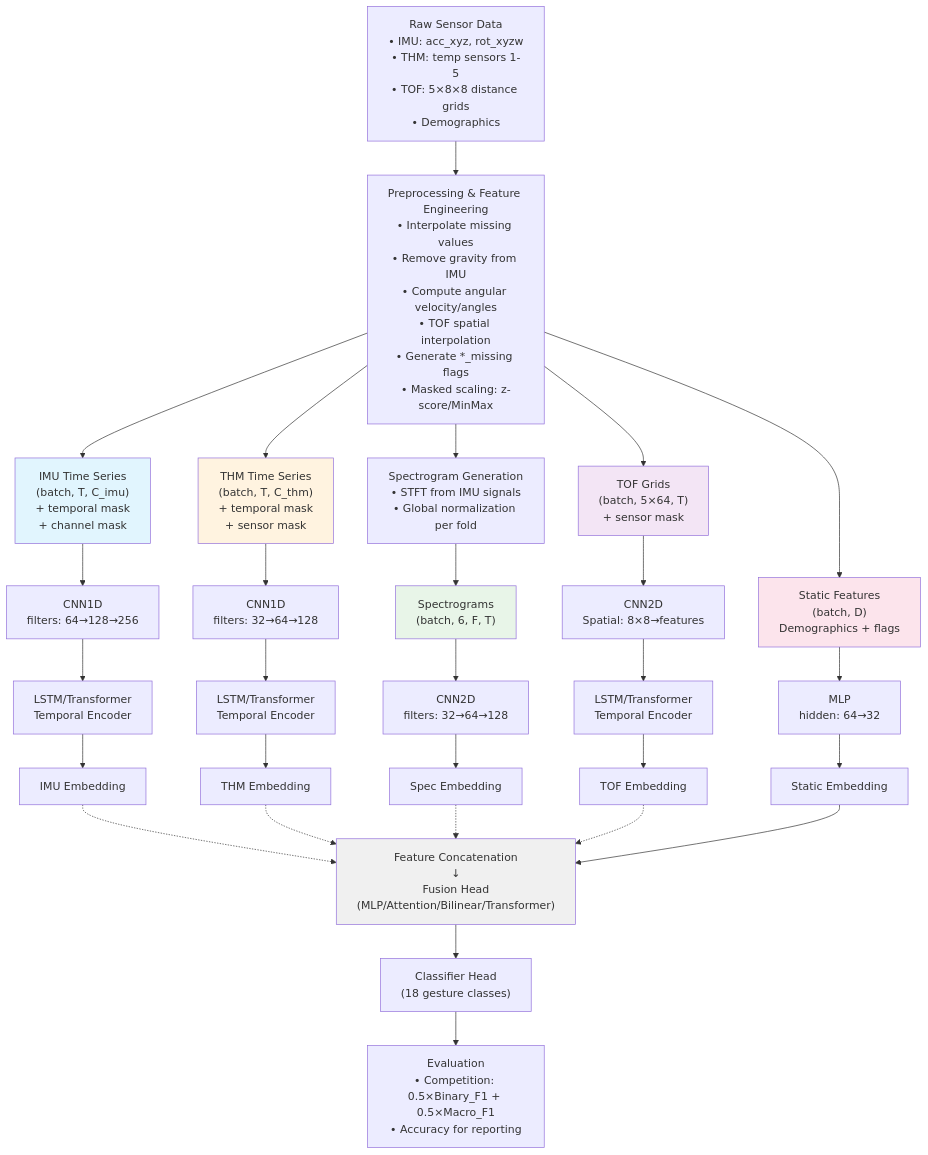
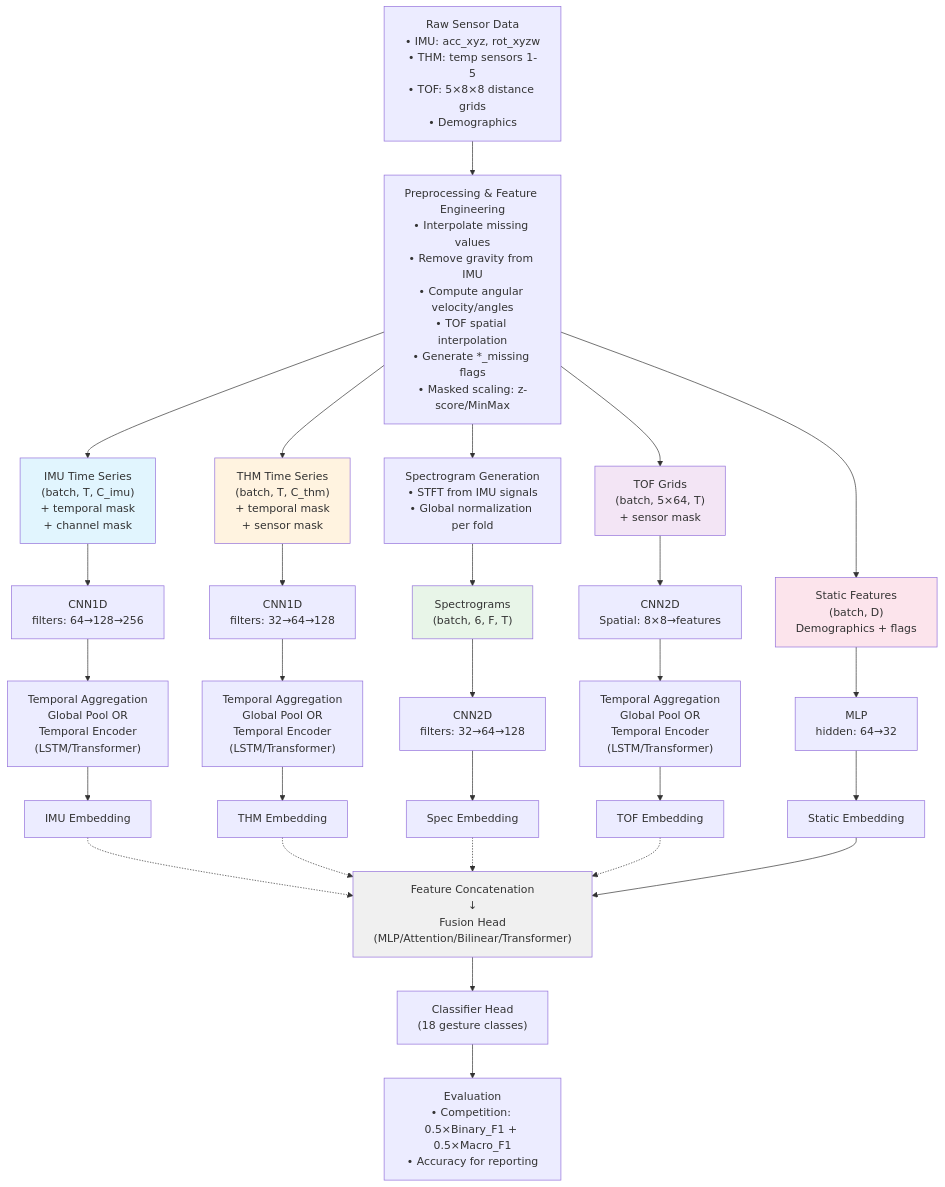
Before and after one commit to NickSiboZhu/CMI2025: the first of 2 diagrams in README.md, drawn with Mermaid.

````diff
--- a/README.md
+++ b/README.md
@@ -56,43 +56,43 @@
 ```mermaid
 graph TD
     %% Input & Preprocessing
     A["Raw Sensor Data<br/>• IMU: acc_xyz, rot_xyzw<br/>• THM: temp sensors 1-5<br/>• TOF: 5×8×8 distance grids<br/>• Demographics"] --> B["Preprocessing & Feature Engineering<br/>• Interpolate missing values<br/>• Remove gravity from IMU<br/>• Compute angular velocity/angles<br/>• TOF spatial interpolation<br/>• Generate *_missing flags<br/>• Masked scaling: z-score/MinMax"]
     
     B --> C["Spectrogram Generation<br/>• STFT from IMU signals<br/>• Global normalization per fold"]
     
     %% Data Flow to Branches
     B --> IMU["IMU Time Series<br/>(batch, T, C_imu)<br/>+ temporal mask<br/>+ channel mask"]
     B --> THM["THM Time Series<br/>(batch, T, C_thm)<br/>+ temporal mask<br/>+ sensor mask"]
     B --> TOF["TOF Grids<br/>(batch, 5×64, T)<br/>+ sensor mask"]
     C --> SPEC["Spectrograms<br/>(batch, 6, F, T)"]
     B --> STATIC["Static Features<br/>(batch, D)<br/>Demographics + flags"]
 
     %% Branches
-    IMU --> CNN1D_IMU["CNN1D<br/>filters: 64→128→256"] --> TEMP1["LSTM/Transformer<br/>Temporal Encoder"] --> EMB1["IMU Embedding"]
+    IMU --> CNN1D_IMU["CNN1D<br/>filters: 64→128→256"] --> TEMP1["Temporal Aggregation<br/>Global Pool OR<br/>Temporal Encoder<br/>(LSTM/Transformer)"] --> EMB1["IMU Embedding"]
     
-    THM --> CNN1D_THM["CNN1D<br/>filters: 32→64→128"] --> TEMP2["LSTM/Transformer<br/>Temporal Encoder"] --> EMB2["THM Embedding"]
+    THM --> CNN1D_THM["CNN1D<br/>filters: 32→64→128"] --> TEMP2["Temporal Aggregation<br/>Global Pool OR<br/>Temporal Encoder<br/>(LSTM/Transformer)"] --> EMB2["THM Embedding"]
     
     SPEC --> CNN2D_SPEC["CNN2D<br/>filters: 32→64→128"] --> EMB3["Spec Embedding"]
     
-    TOF --> CNN2D_TOF["CNN2D<br/>Spatial: 8×8→features"] --> TEMP3["LSTM/Transformer<br/>Temporal Encoder"] --> EMB4["TOF Embedding"]
+    TOF --> CNN2D_TOF["CNN2D<br/>Spatial: 8×8→features"] --> TEMP3["Temporal Aggregation<br/>Global Pool OR<br/>Temporal Encoder<br/>(LSTM/Transformer)"] --> EMB4["TOF Embedding"]
     
     STATIC --> MLP_STATIC["MLP<br/>hidden: 64→32"] --> EMB5["Static Embedding"]
 
     %% Fusion
     EMB1 -.-> FUSION["Feature Concatenation<br/>↓<br/>Fusion Head<br/>(MLP/Attention/Bilinear/Transformer)"]
     EMB2 -.-> FUSION
     EMB3 -.-> FUSION
     EMB4 -.-> FUSION
     EMB5 --> FUSION
     
     FUSION --> CLASSIFIER["Classifier Head<br/>(18 gesture classes)"]
     CLASSIFIER --> METRICS["Evaluation<br/>• Competition: 0.5×Binary_F1 + 0.5×Macro_F1<br/>• Accuracy for reporting"]
 
     %% Styling
     style IMU fill:#e1f5fe
     style THM fill:#fff3e0
     style TOF fill:#f3e5f5
     style SPEC fill:#e8f5e8
     style STATIC fill:#fce4ec
     style FUSION fill:#f0f0f0
 ```
````
